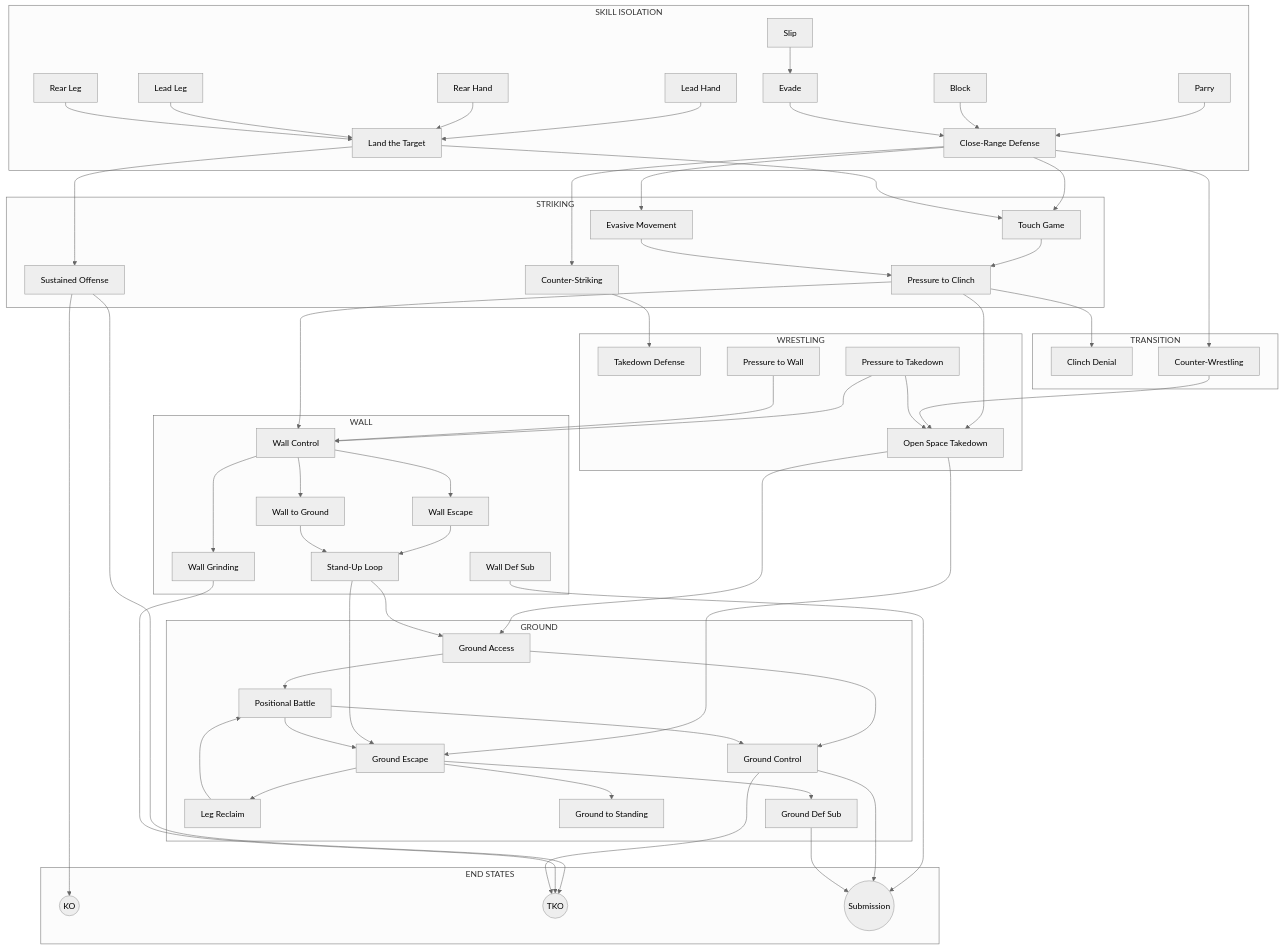
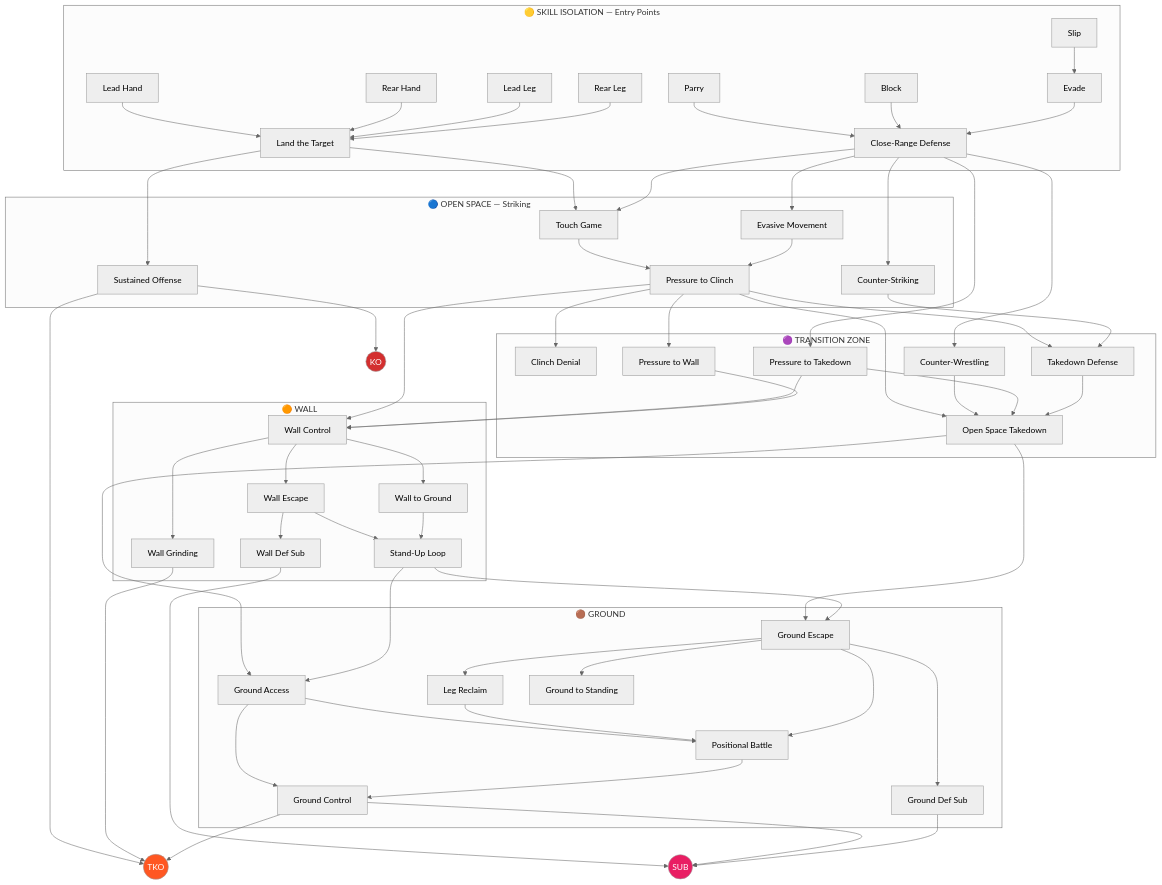
One commit to ACalienes/Ecological-MMA-Game-System changed the diagram in docs/reference/prerequisites.md. Above: the diagram before and after it, drawn with Mermaid (neutral theme). The commit also changed other lines of this file and 3 other files, not shown here.

First line of the commit message:
Add README, CI pipeline, site_url, and improved prerequisite diagram

````diff
--- a/docs/reference/prerequisites.md
+++ b/docs/reference/prerequisites.md
@@ -95,6 +97,6 @@
 ```mermaid
 flowchart TD
-    subgraph SKILL["SKILL ISOLATION"]
+    subgraph SKILL["🟡 SKILL ISOLATION — Entry Points"]
         P[Parry] --> CRD
         TB[Block] --> CRD
         SS[Slip] --> EP[Evade]
@@ -105,7 +107,7 @@
         RL[Rear Leg] --> LT
     end
 
-    subgraph STRIKING["STRIKING"]
+    subgraph STRIKING["🔵 OPEN SPACE — Striking"]
         CRD[Close-Range Defense]
         LT[Land the Target]
         TG[Touch Game]
@@ -115,86 +117,97 @@
         SO[Sustained Offense]
     end
 
-    subgraph TRANSITION["TRANSITION"]
+    subgraph TRANSITION["🟣 TRANSITION ZONE"]
         CD[Clinch Denial]
         CW[Counter-Wrestling]
-    end
-
-    subgraph WRESTLING["WRESTLING"]
         TDD[Takedown Defense]
         PTT[Pressure to Takedown]
         PTW[Pressure to Wall]
         OST[Open Space Takedown]
     end
 
-    subgraph WALL["WALL"]
+    subgraph WALL["🟠 WALL"]
         WCon[Wall Control]
         WE[Wall Escape]
         WDS[Wall Def Sub]
-        WG[Wall to Ground]
+        WtG[Wall to Ground]
         WGr[Wall Grinding]
         SUL[Stand-Up Loop]
     end
 
-    subgraph GROUND["GROUND"]
+    subgraph GROUND["🟤 GROUND"]
+        GE[Ground Escape]
         GA[Ground Access]
         GC[Ground Control]
-        GE[Ground Escape]
         LR[Leg Reclaim]
         GTS[Ground to Standing]
         GDS[Ground Def Sub]
         PB[Positional Battle]
     end
 
-    subgraph FINISH["END STATES"]
-        KO((KO))
-        TKO((TKO))
-        SUB((Submission))
-    end
+    KO((KO))
+    TKO((TKO))
+    SUB((SUB))
 
-    CRD --> TG
+    %% Striking connections
     CRD --> EM
     CRD --> CS
+    CRD --> CW
+    CRD --> PTT
+    LT --> SO
     LT --> TG
-    LT --> SO
+    CRD --> TG
     TG --> PC
-    PC --> WCon
-    PC --> CD
-    PC --> OST
     EM --> PC
-    CS --> TDD
-    CRD --> CW
-    CW --> OST
 
+    %% Striking to finish
     SO --> KO
     SO --> TKO
 
+    %% Transition connections
+    PC --> CD
+    PC --> WCon
+    PC --> OST
+    PC --> TDD
+    PC --> PTW
+    CS --> TDD
+    CW --> OST
     PTT --> OST
     PTT --> WCon
     PTW --> WCon
+    TDD --> OST
 
+    %% Wall connections
     WCon --> WE
-    WCon --> WG
+    WCon --> WtG
     WCon --> WGr
     WE --> SUL
+    WE --> WDS
+    WtG --> SUL
+    WGr --> TKO
     WDS --> SUB
-    WG --> SUL
-    WGr --> TKO
 
+    %% Wall/Transition to Ground
     OST --> GA
     OST --> GE
     SUL --> GA
     SUL --> GE
 
-    GA --> GC
-    GA --> PB
-    GC --> TKO
-    GC --> SUB
+    %% Ground connections
     GE --> LR
     GE --> GTS
     GE --> GDS
+    GA --> GC
+    GA --> PB
     LR --> PB
+    GE --> PB
+    PB --> GC
+    GC --> TKO
+    GC --> SUB
     GDS --> SUB
-    PB --> GC
-    PB --> GE
+
+    %% Styling
+    style KO fill:#D32F2F,color:#fff
+    style TKO fill:#FF5722,color:#fff
+    style SUB fill:#E91E63,color:#fff
 ```
````
